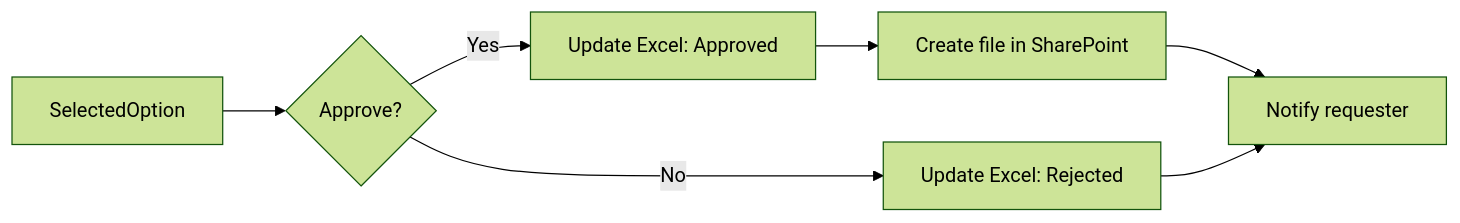
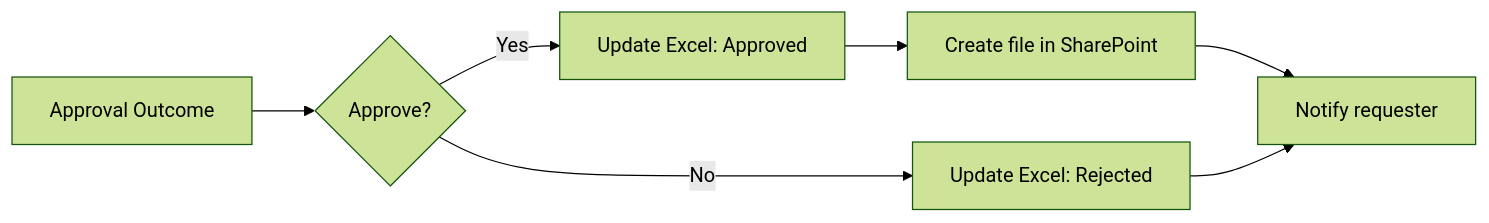
The diagram in exercises/07-archive-approved-request-in-sharepoint/README.md (teerasej/cpall-gosoft-power-automate-2026), drawn with Mermaid (forest theme) before and after one commit. The commit also changed other lines of this file and 11 other files, not shown here.

````diff
--- a/exercises/07-archive-approved-request-in-sharepoint/README.md
+++ b/exercises/07-archive-approved-request-in-sharepoint/README.md
@@ -20,9 +20,9 @@
 ```mermaid
 flowchart LR
-    A["SelectedOption"] --> B{"Approve?"}
+    A["Approval Outcome"] --> B{"Approve?"}
     B -->|Yes| C["Update Excel: Approved"]
     C --> D["Create file in SharePoint"]
     B -->|No| E["Update Excel: Rejected"]
     D --> F["Notify requester"]
     E --> F
 ```
````
